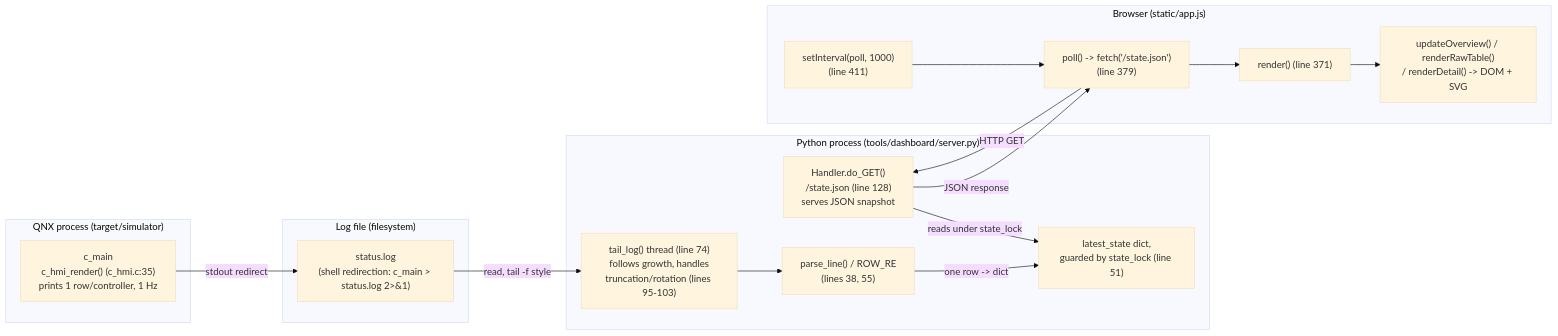
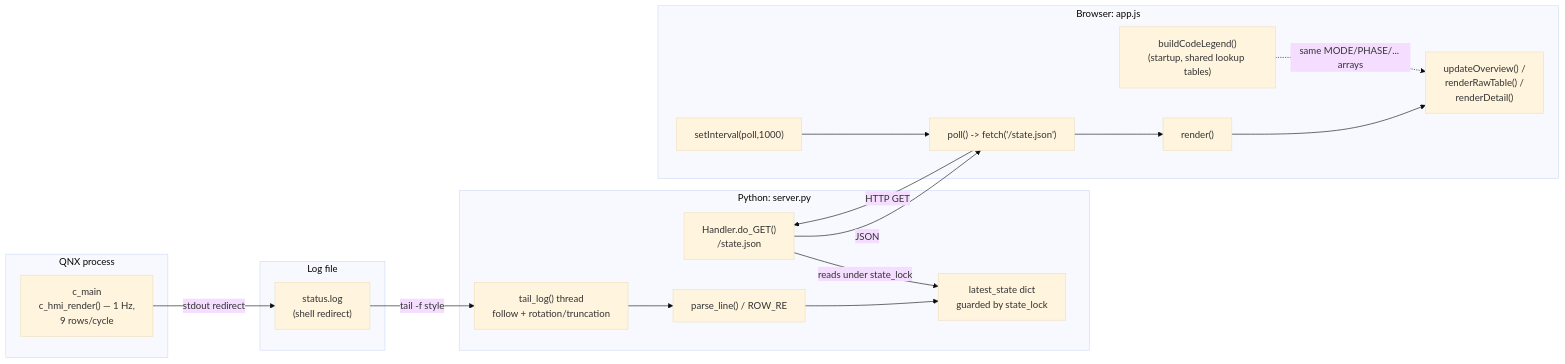
One commit to lucietran03/traffic-control-system changed the diagram in docs/flow-diagrams/F-07-live-dashboard.md. Above: the diagram before and after it, drawn with Mermaid (base theme). The commit also changed other lines of this file and 22 other files, not shown here.

First line of the commit message:
Restyle flow-diagram docs: diagram-first, minimal prose

````diff
--- a/docs/flow-diagrams/F-07-live-dashboard.md
+++ b/docs/flow-diagrams/F-07-live-dashboard.md
@@ -198,35 +7,29 @@
 ```mermaid
 flowchart LR
-    subgraph QNX["QNX process (target/simulator)"]
-        A["c_main<br/>c_hmi_render() (c_hmi.c:35)<br/>prints 1 row/controller, 1 Hz"]
+    subgraph QNX["QNX process"]
+        A["c_main<br/>c_hmi_render() — 1 Hz,<br/>9 rows/cycle"]
     end
-
-    subgraph FS["Log file (filesystem)"]
-        B["status.log<br/>(shell redirection: c_main > status.log 2>&1)"]
+    subgraph FS["Log file"]
+        B["status.log<br/>(shell redirect)"]
     end
-
-    subgraph PY["Python process (tools/dashboard/server.py)"]
-        C["tail_log() thread (line 74)<br/>follows growth, handles<br/>truncation/rotation (lines 95-103)"]
-        D["parse_line() / ROW_RE<br/>(lines 38, 55)"]
-        E["latest_state dict,<br/>guarded by state_lock (line 51)"]
-        F["Handler.do_GET()<br/>/state.json (line 128)<br/>serves JSON snapshot"]
+    subgraph PY["Python: server.py"]
+        C["tail_log() thread<br/>follow + rotation/truncation"]
+        D["parse_line() / ROW_RE"]
+        E["latest_state dict<br/>guarded by state_lock"]
+        F["Handler.do_GET()<br/>/state.json"]
     end
-
-    subgraph BR["Browser (static/app.js)"]
-        G["setInterval(poll, 1000)<br/>(line 411)"]
-        H["poll() -> fetch('/state.json')<br/>(line 379)"]
-        I["render() (line 371)"]
-        J["updateOverview() / renderRawTable()<br/>/ renderDetail() -> DOM + SVG"]
+    subgraph BR["Browser: app.js"]
+        G["setInterval(poll,1000)"]
+        H["poll() -> fetch('/state.json')"]
+        I["render()"]
+        J["updateOverview() /<br/>renderRawTable() /<br/>renderDetail()"]
+        K["buildCodeLegend()<br/>(startup, shared lookup tables)"]
     end
 
     A -- "stdout redirect" --> B
-    B -- "read, tail -f style" --> C
-    C --> D
-    D -- "one row -> dict" --> E
+    B -- "tail -f style" --> C
+    C --> D --> E
     F -- "reads under state_lock" --> E
-    G --> H
-    H -- "HTTP GET" --> F
-    F -- "JSON response" --> H
-    H --> I
-    I --> J
+    G --> H -- "HTTP GET" --> F -- "JSON" --> H --> I --> J
+    K -.->|"same MODE/PHASE/... arrays"| J
 ```
````
